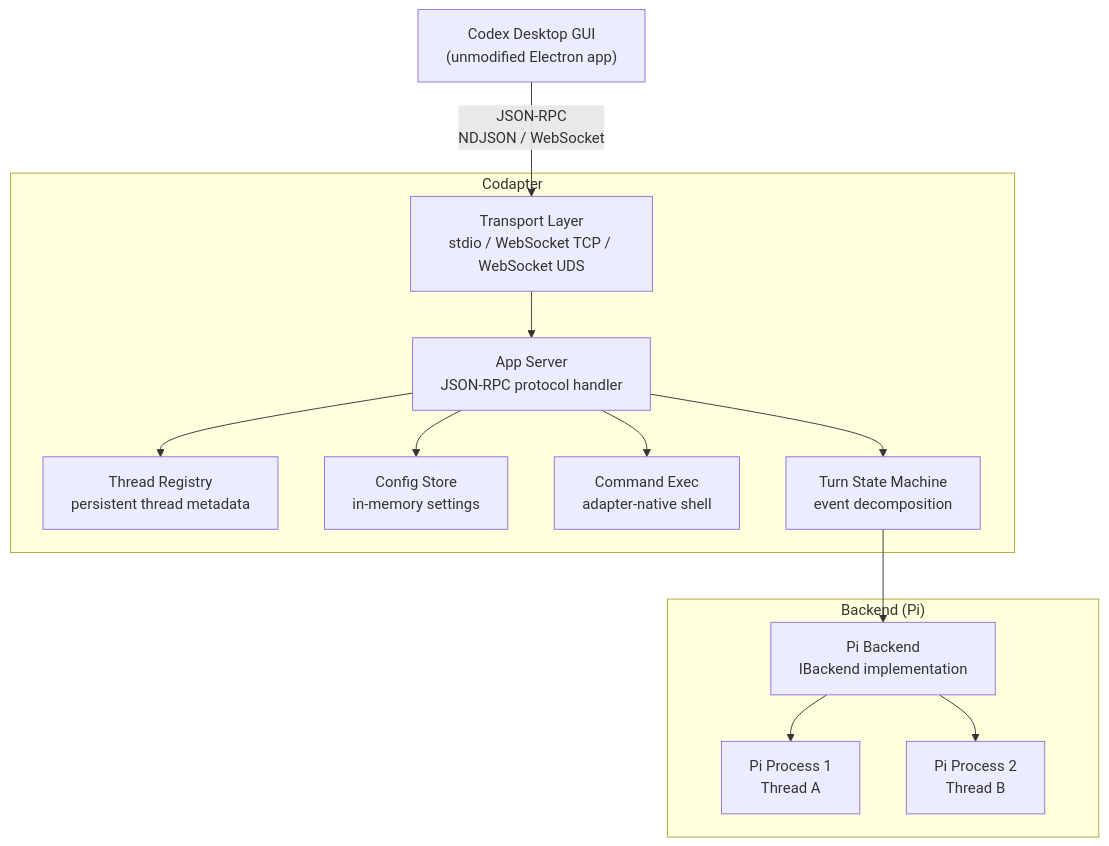
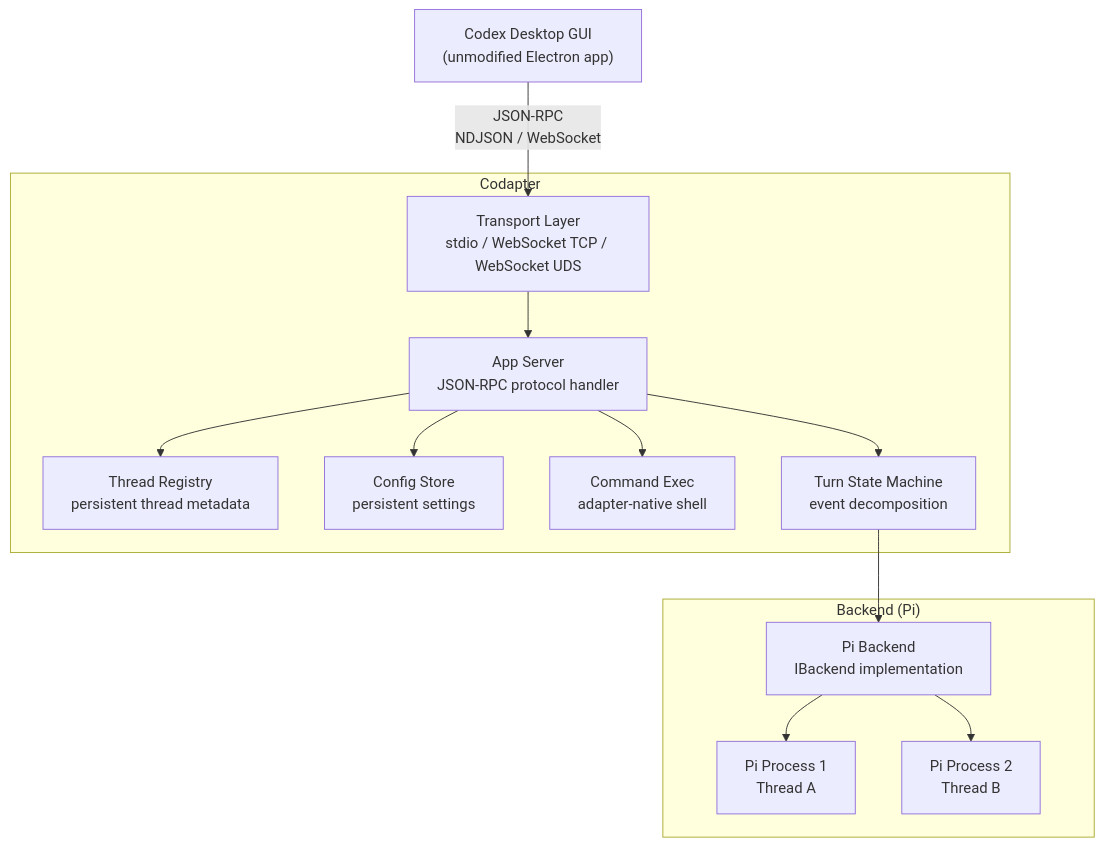
The first of 5 diagrams in README.md (kcosr/codapter), drawn with Mermaid before and after one commit. The commit also changed other lines of this file and 4 other files, not shown here.

````diff
--- a/README.md
+++ b/README.md
@@ -17,29 +17,29 @@
 ```mermaid
 graph TB
     GUI["Codex Desktop GUI<br/>(unmodified Electron app)"]
 
     subgraph Codapter
         Transport["Transport Layer<br/>stdio / WebSocket TCP / WebSocket UDS"]
         AppServer["App Server<br/>JSON-RPC protocol handler"]
         Registry["Thread Registry<br/>persistent thread metadata"]
-        ConfigStore["Config Store<br/>in-memory settings"]
+        ConfigStore["Config Store<br/>persistent settings"]
         CmdExec["Command Exec<br/>adapter-native shell"]
         TurnSM["Turn State Machine<br/>event decomposition"]
     end
 
     subgraph Backend["Backend (Pi)"]
         PiBackend["Pi Backend<br/>IBackend implementation"]
         PiProc1["Pi Process 1<br/>Thread A"]
         PiProc2["Pi Process 2<br/>Thread B"]
     end
 
     GUI -->|"JSON-RPC<br/>NDJSON / WebSocket"| Transport
     Transport --> AppServer
     AppServer --> Registry
     AppServer --> ConfigStore
     AppServer --> CmdExec
     AppServer --> TurnSM
     TurnSM --> PiBackend
     PiBackend --> PiProc1
     PiBackend --> PiProc2
 ```
````
